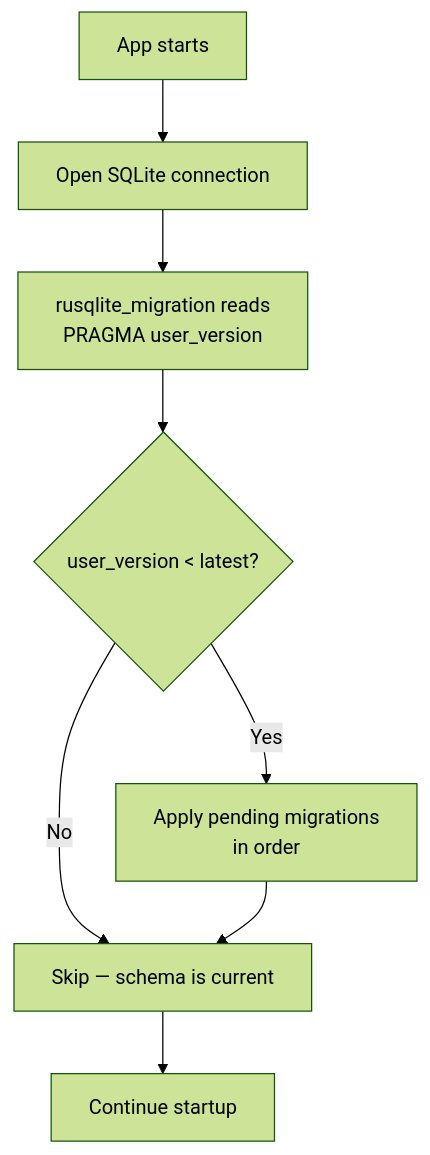
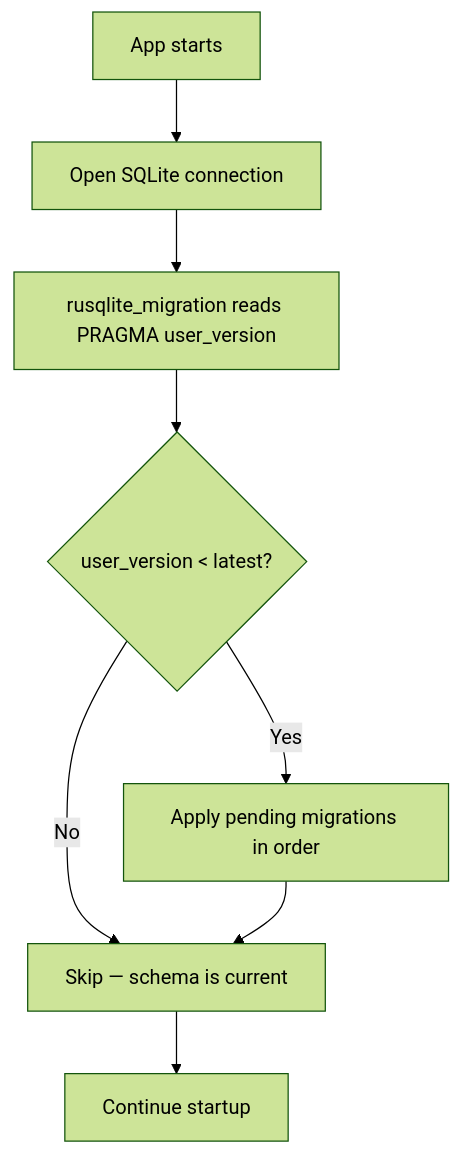
The second of 3 diagrams in docs/architecture/03_DATABASE_DESIGN.md (sanromarth/ornas), drawn with Mermaid (forest theme) before and after one commit. The commit also changed other lines of this file and 253 other files, not shown here.

````diff
--- a/docs/architecture/03_DATABASE_DESIGN.md
+++ b/docs/architecture/03_DATABASE_DESIGN.md
@@ -144,10 +144,10 @@
 ```mermaid
 flowchart TD
     A["App starts"] --> B["Open SQLite connection"]
-    B --> C["rusqlite_migration reads<br/>PRAGMA user_version"]
+    B --> C["rusqlite_migration reads PRAGMA user_version"]
     C --> D{"user_version < latest?"}
-    D -->|Yes| E["Apply pending migrations<br/>in order"]
+    D -->|Yes| E["Apply pending migrations in order"]
     D -->|No| F["Skip — schema is current"]
     E --> F
     F --> G["Continue startup"]
 ```
````
